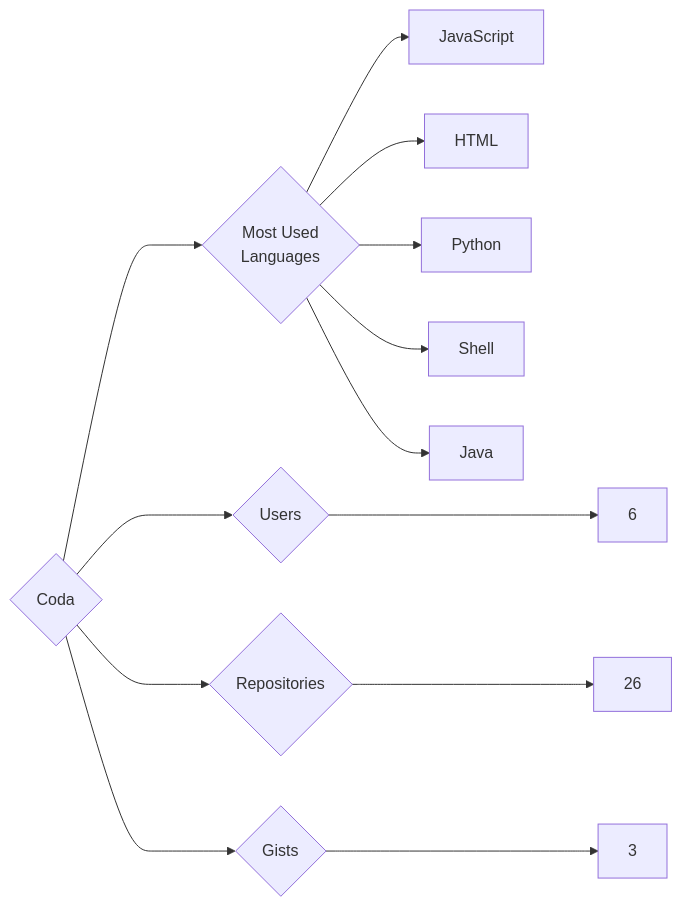
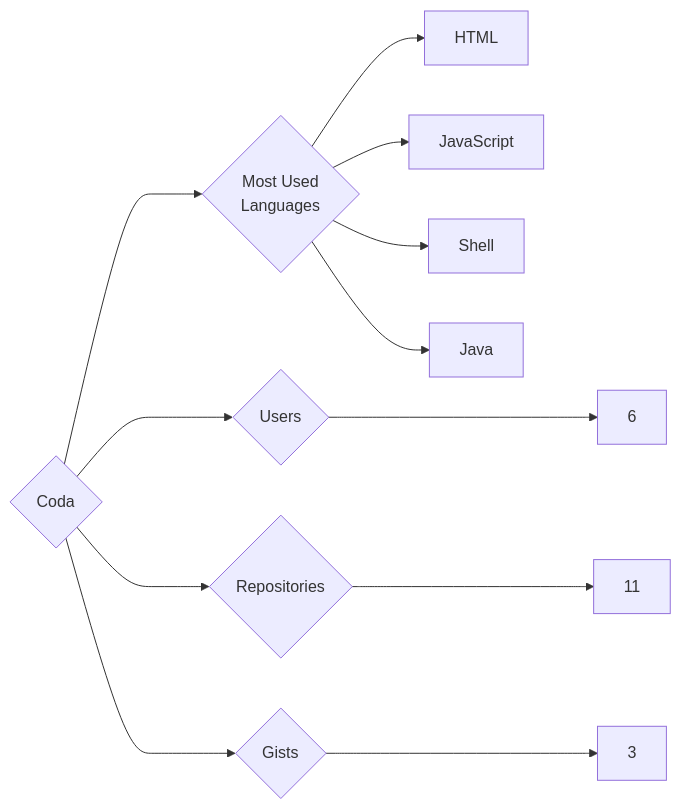
One commit to trickest/insiders changed the diagram in targets/Coda/README.md. Above: the diagram before and after it, drawn with Mermaid. The commit also changed 988 other files, not shown here.

````diff
--- a/targets/Coda/README.md
+++ b/targets/Coda/README.md
@@ -3,13 +3,12 @@
 ```mermaid
 graph LR
 COMPANY_NAME{Coda}
 COMPANY_NAME ---> U{Users} ---> UN[6]
-COMPANY_NAME ---> R{Repositories} ---> RN[26]
+COMPANY_NAME ---> R{Repositories} ---> RN[11]
 COMPANY_NAME ---> G{Gists} ---> GN[3]
 COMPANY_NAME ---> ML{Most Used<br>Languages}
+ML --> HTML[HTML]
 ML --> JavaScript[JavaScript]
-ML --> HTML[HTML]
-ML --> Python[Python]
 ML --> Shell[Shell]
 ML --> Java[Java]
 ```
````
